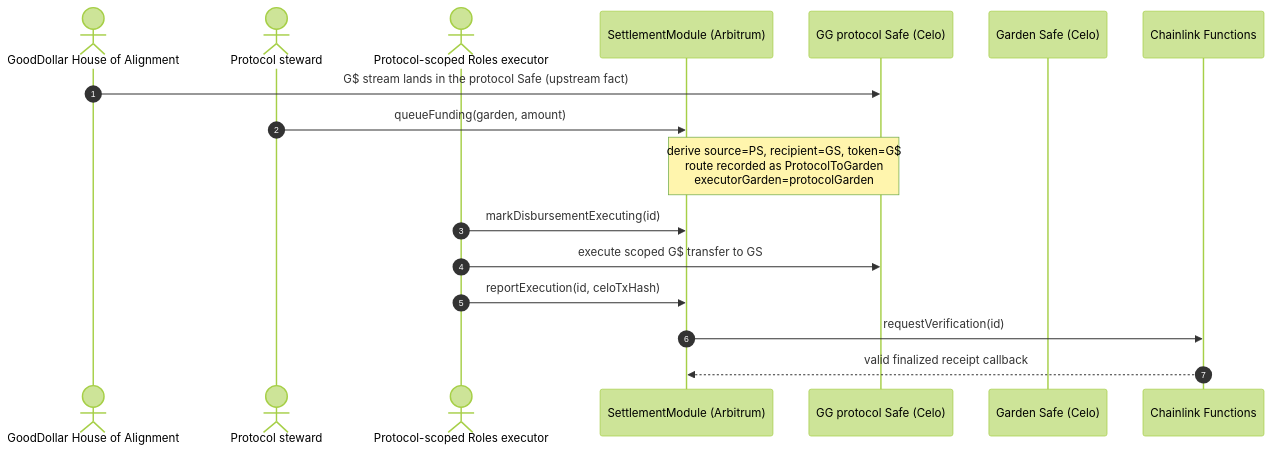
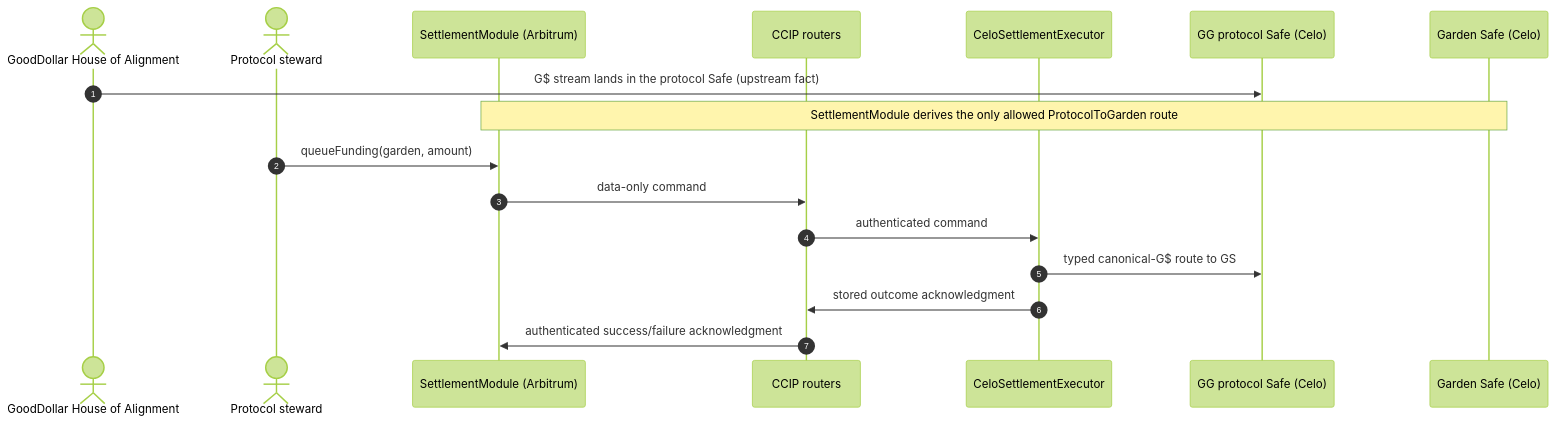
Diagram 18 of 20 in .plans/active/commitment-pooling/diagrams.md (greenpill-dev-guild/green-goods), drawn with Mermaid (forest theme) before and after one commit. The commit also changed other lines of this file and 44 other files, not shown here.

Commit message:
docs(contracts): freeze CCIP settlement architecture

````diff
--- a/.plans/active/commitment-pooling/diagrams.md
+++ b/.plans/active/commitment-pooling/diagrams.md
@@ -967,20 +925,20 @@
 ```mermaid
 sequenceDiagram
   autonumber
   actor HOA as GoodDollar House of Alignment
   actor OP as Protocol steward
-  actor EX as Protocol-scoped Roles executor
   participant SM as SettlementModule (Arbitrum)
+  participant CCIP as CCIP routers
+  participant CE as CeloSettlementExecutor
   participant PS as GG protocol Safe (Celo)
   participant GS as Garden Safe (Celo)
-  participant CL as Chainlink Functions
 
   HOA->>PS: G$ stream lands in the protocol Safe (upstream fact)
+  Note over SM,GS: SettlementModule derives the only allowed ProtocolToGarden route
   OP->>SM: queueFunding(garden, amount)
-  Note over SM,PS: derive source=PS, recipient=GS, token=G$<br/>route recorded as ProtocolToGarden<br/>executorGarden=protocolGarden
-  EX->>SM: markDisbursementExecuting(id)
-  EX->>PS: execute scoped G$ transfer to GS
-  EX->>SM: reportExecution(id, celoTxHash)
-  SM->>CL: requestVerification(id)
-  CL-->>SM: valid finalized receipt callback
+  SM->>CCIP: data-only command
+  CCIP->>CE: authenticated command
+  CE->>PS: typed canonical-G$ route to GS
+  CE->>CCIP: stored outcome acknowledgment
+  CCIP->>SM: authenticated success/failure acknowledgment
 ```
````
